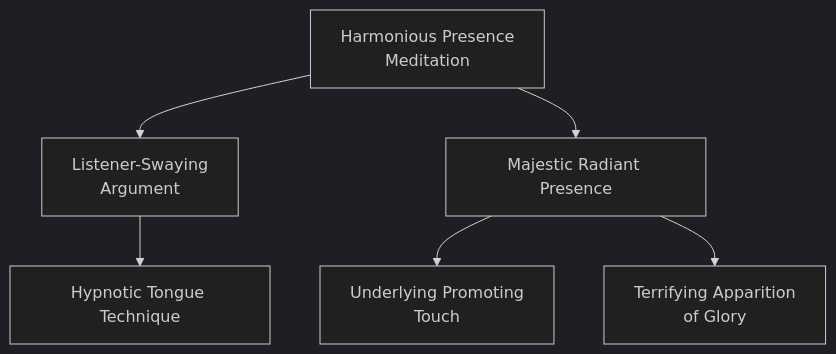
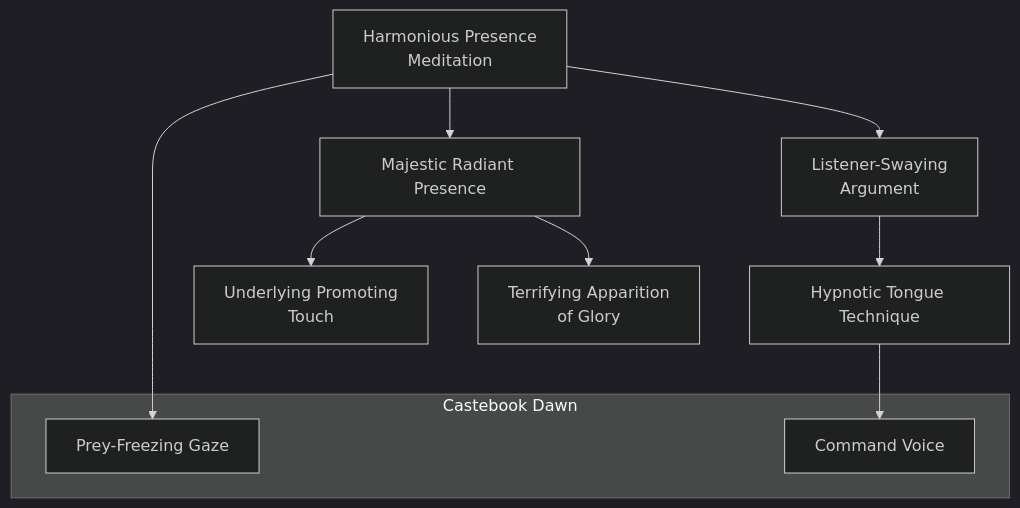
Before and after one commit to jrobichaud/exalted-charms-1e: the diagram in docs/mermaid/solar/zenith_presence.mmd, drawn with Mermaid. The commit also changed 8 other files, not shown here.

Commit message:
castebook dawn

```diff
--- a/docs/mermaid/solar/zenith_presence.mmd
+++ b/docs/mermaid/solar/zenith_presence.mmd
@@ -141,3 +141,77 @@
         equal to the character's Essence score. This Charm is not
         compatible with the Dawn Caste's anima ability.
         "
+
+    subgraph Castebook Dawn
+        prey_freezing_gaze[Prey-Freezing Gaze]
+        click prey_freezing_gaze callback "
+            Prey-Freezing Gaze<br>
+            <br>
+            Cost: 4 motes<br>
+            Duration: One scene or special<br>
+            Type: Simple<br>
+            Minimum Presence: 3<br>
+            Minimum Essence: 2<br>
+            Prerequisite Charms: Harmonious Presence Meditation<br>
+            <br>
+            When the character uses this Charm, she impresses a single
+            target with the overwhelming power of her commanding
+            nature. Targets who fail a Valor roll at difficulty +2 are frozen in
+            place, unable to move for the next scene. This paralysis is
+            emotional rather than physical, but cannot be broken as long as
+            the attacking character continues to gaze intently at the target.
+            While keeping this eye contact, the character can be no more
+            than five yards from the target. She also cannot move faster than
+            a walk or perform any complex or difficult actions. The target
+            receives additional Valor rolls whenever anyone harms or
+            obviously attempts to harm him. If the character ceases to gaze
+            at the target, the paralysis continues for the next three full turns,
+            but the target instantly breaks free if anyone harms or obviously
+            attempts to harm him. This Charm has no effect on targets
+            whose Essence is higher than the casting character's.
+            "
+
+        command_voice[Command Voice]
+        click command_voice callback "
+            Command Voice<br>
+            <br>
+            Cost: 8 motes<br>
+            Duration: One scene<br>
+            Type: Simple<br>
+            Minimum Presence: 5<br>
+            Minimum Essence: 4<br>
+            Prerequisite Charms: Hypnotic Tongue Technique<br>
+            <br>
+            The character surrounds herself with a potent aura of
+            authority. Unlike Terrifying Apparition of Glory, this Charm
+            does not produce an obvious or overwhelming effect. Instead,
+            everyone who is inclined to follow orders — including
+            peasants, servants, shop assistants, enlisted military person-
+            nel and similar individuals— will obey the character as if she
+            were in a position of authority over them. Any target that
+            makes a successful opposed Willpower roll against the char-
+            acter realizes that the character does not have the authority
+            to command him. Everyone else will obey all reasonable-
+            sounding commands given by the character. Orders to
+            commit suicide, go on killing rampages, or requests to give
+            the character most or all of the target's money or possessions
+            will end the character's influence over the target, However,
+            requests for information or admittance to otherwise restricted
+            areas will be instantly granted, as will demands for
+            moderately expensive merchandise (up to Resources ••) in
+            a shop, even if the character does not pay for it.<br>
+            Targets may make another opposed Willpower roll to
+            disobey the character if a recognized superior contradicts the
+            character's orders. Targets who fail this roll will ignore their
+            actual superior's requests. One of this Charm's most potent
+            and useful features is that others observing the interaction
+            will see nothing odd or magical about the character or the
+            target'sreaction. This Charm has no effect on beings with an
+            Essence greater than 1, though it has proven effective on Fair
+            Folk commoners and other supernatural creatures of an
+            inherently servile nature.
+            "
+    end
+
+    harmonious_presence_meditation --> prey_freezing_gaze
+    hypnotic_tongue_technique --> command_voice
```
